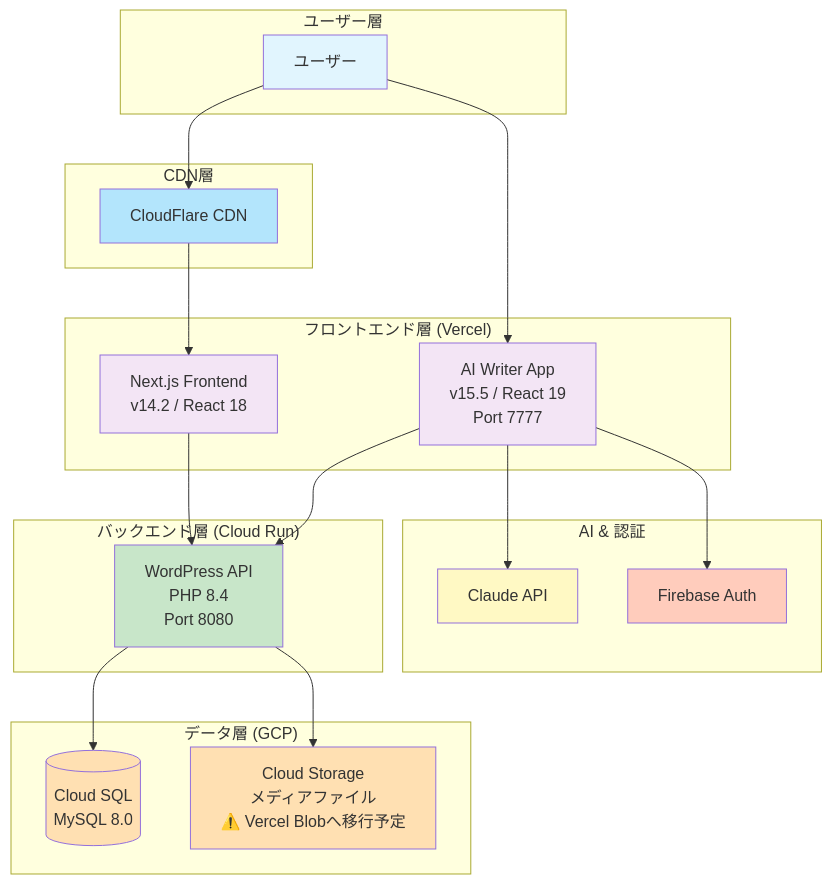
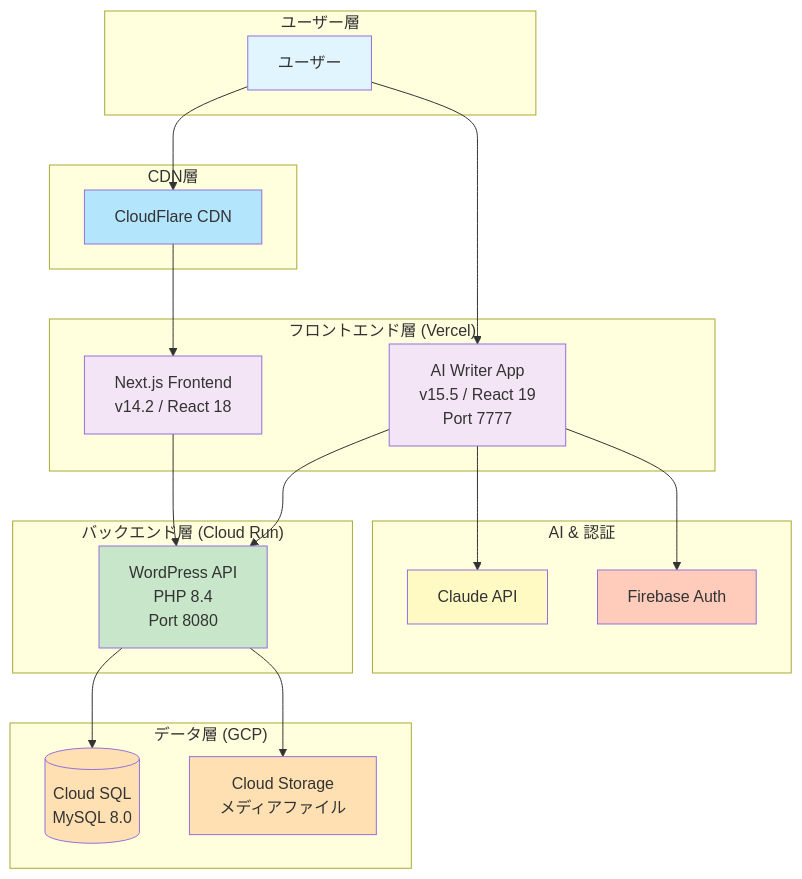
Before and after one commit to thanks2music/revolution: the sixth of 7 diagrams in README.md, drawn with Mermaid. The commit also changed other lines of this file and 151 other files, not shown here.

````diff
--- a/README.md
+++ b/README.md
@@ -105,49 +401,49 @@
 ```mermaid
 graph TB
     subgraph "ユーザー層"
         U[ユーザー]
     end
 
     subgraph "CDN層"
         CDN[CloudFlare CDN]
     end
 
     subgraph "フロントエンド層 (Vercel)"
         FE1[Next.js Frontend<br/>v14.2 / React 18]
         FE2[AI Writer App<br/>v15.5 / React 19<br/>Port 7777]
     end
 
     subgraph "バックエンド層 (Cloud Run)"
         WP[WordPress API<br/>PHP 8.4<br/>Port 8080]
     end
 
     subgraph "データ層 (GCP)"
         DB[(Cloud SQL<br/>MySQL 8.0)]
-        GCS[Cloud Storage<br/>メディアファイル<br/>⚠️ Vercel Blobへ移行予定]
+        GCS[Cloud Storage<br/>メディアファイル]
     end
 
     subgraph "AI & 認証"
         CLAUDE[Claude API]
         FB[Firebase Auth]
     end
 
     U --> CDN
     CDN --> FE1
     U --> FE2
     FE1 --> WP
     FE2 --> WP
     FE2 --> CLAUDE
     FE2 --> FB
     WP --> DB
     WP --> GCS
 
     style U fill:#e1f5fe
     style CDN fill:#b3e5fc
     style FE1 fill:#f3e5f5
     style FE2 fill:#f3e5f5
     style WP fill:#c8e6c9
     style CLAUDE fill:#fff9c4
     style DB fill:#ffe0b2
     style GCS fill:#ffe0b2
     style FB fill:#ffccbc
 ```
````
